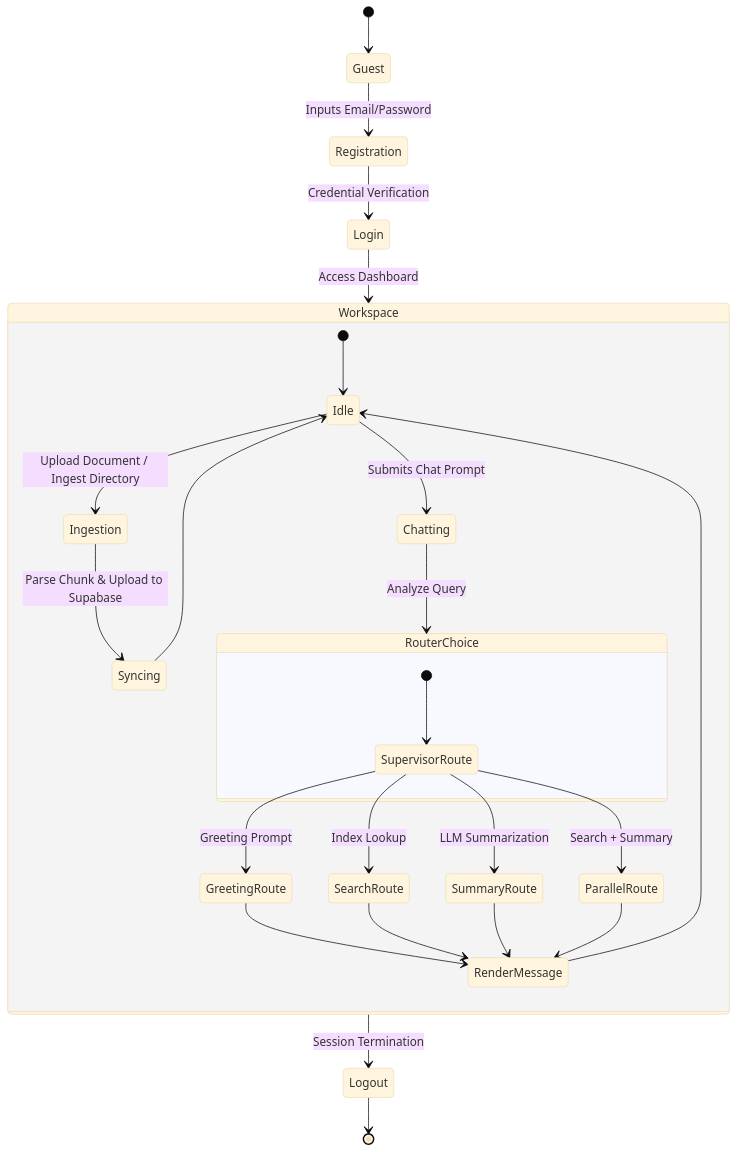
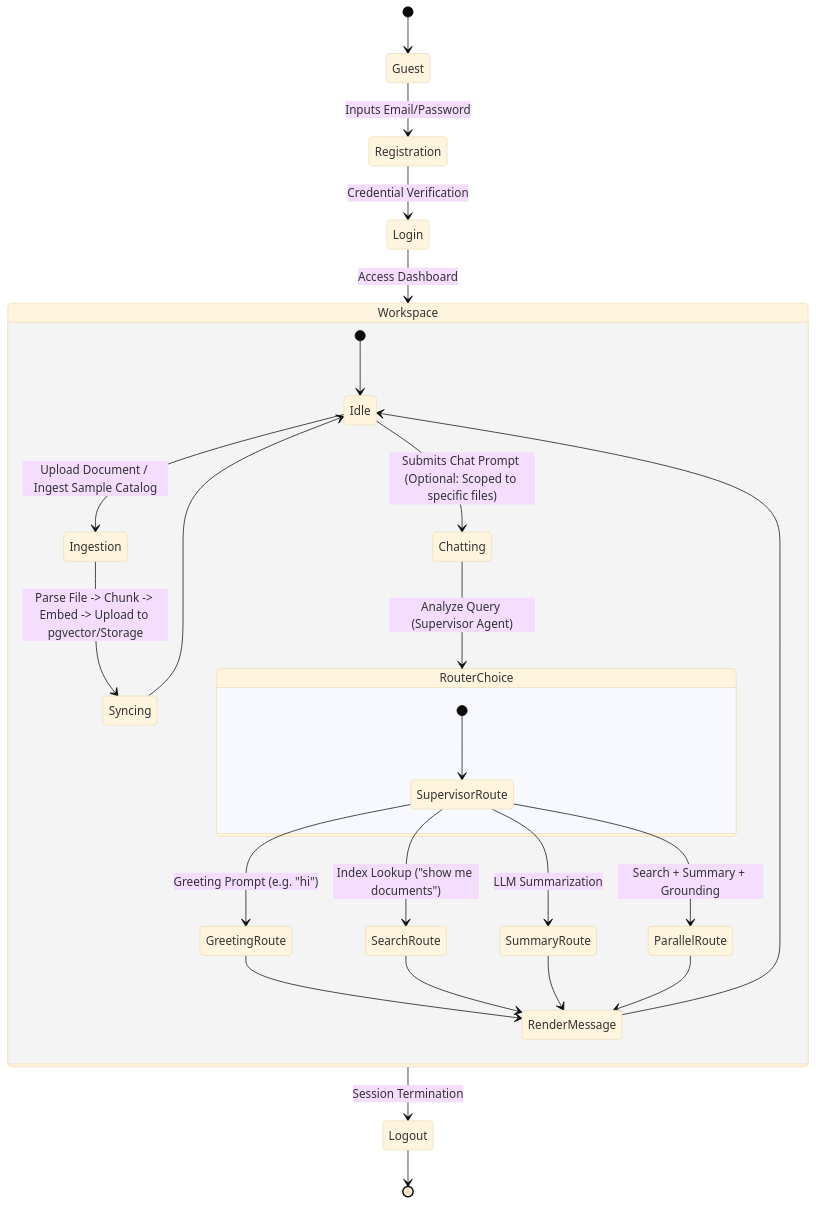
One commit to Sayan-Official-32/Agentic-Platform changed the third of 7 diagrams in docs/system_reference_documentation.md. Above: the diagram before and after it, drawn with Mermaid (base theme). The commit also changed other lines of this file and 1 other file, not shown here.

````diff
--- a/docs/system_reference_documentation.md
+++ b/docs/system_reference_documentation.md
@@ -197,34 +236,34 @@
 ```mermaid
 stateDiagram-v2
     [*] --> Guest
     Guest --> Registration: Inputs Email/Password
     Registration --> Login: Credential Verification
     Login --> Workspace: Access Dashboard
     
     state Workspace {
         [*] --> Idle
-        Idle --> Ingestion: Upload Document / Ingest Directory
-        Ingestion --> Syncing: Parse Chunk & Upload to Supabase
+        Idle --> Ingestion: Upload Document / Ingest Sample Catalog
+        Ingestion --> Syncing: Parse File -> Chunk -> Embed -> Upload to pgvector/Storage
         Syncing --> Idle
         
-        Idle --> Chatting: Submits Chat Prompt
-        Chatting --> RouterChoice: Analyze Query
+        Idle --> Chatting: Submits Chat Prompt (Optional: Scoped to specific files)
+        Chatting --> RouterChoice: Analyze Query (Supervisor Agent)
         
         state RouterChoice {
             [*] --> SupervisorRoute
-            SupervisorRoute --> GreetingRoute: Greeting Prompt
-            SupervisorRoute --> SearchRoute: Index Lookup
+            SupervisorRoute --> GreetingRoute: Greeting Prompt (e.g. "hi")
+            SupervisorRoute --> SearchRoute: Index Lookup ("show me documents")
             SupervisorRoute --> SummaryRoute: LLM Summarization
-            SupervisorRoute --> ParallelRoute: Search + Summary
+            SupervisorRoute --> ParallelRoute: Search + Summary + Grounding
         }
         
         GreetingRoute --> RenderMessage
         SearchRoute --> RenderMessage
         SummaryRoute --> RenderMessage
         ParallelRoute --> RenderMessage
         RenderMessage --> Idle
     }
 
     Workspace --> Logout: Session Termination
     Logout --> [*]
 ```
````
